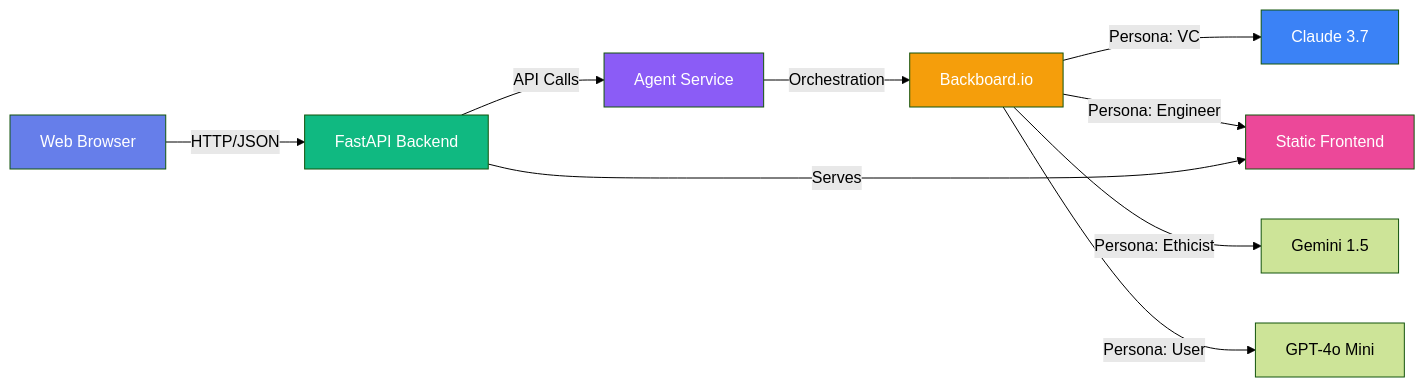
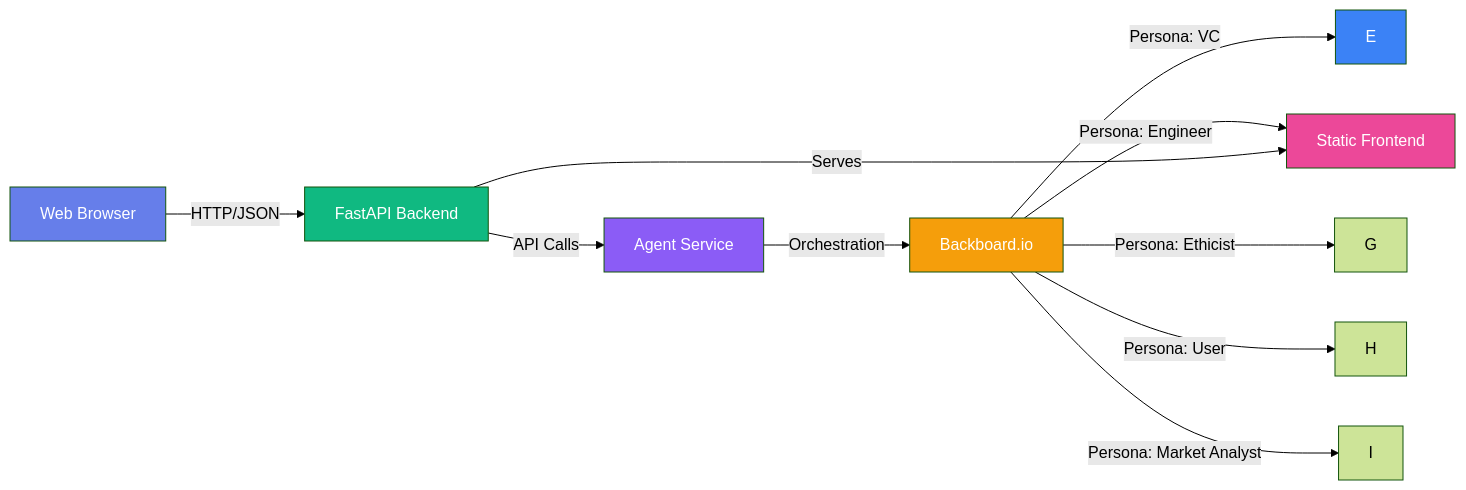
The diagram in README.md (JeremyFriesenGitHub/startup-idea-validator), drawn with Mermaid (forest theme) before and after one commit. The commit also changed other lines of this file and 1 other file, not shown here.

Commit message:
release: final commit

````diff
--- a/README.md
+++ b/README.md
@@ -21,18 +21,19 @@
 ```mermaid
 graph LR
     A[Web Browser] -->|HTTP/JSON| B[FastAPI Backend]
     B -->|API Calls| C[Agent Service]
     C -->|Orchestration| D[Backboard.io]
-    D -->|Persona: VC| E[Claude 3.7]
-    D -->|Persona: Engineer| F[Grok]
-    D -->|Persona: Ethicist| G[Gemini 1.5]
-    D -->|Persona: User| H[GPT-4o Mini]
+    D -->|Persona: VC| E
+    D -->|Persona: Engineer| F
+    D -->|Persona: Ethicist| G
+    D -->|Persona: User| H
+    D -->|Persona: Market Analyst| I
     B -->|Serves| F[Static Frontend]
     
     style A fill:#667eea,color:#fff
     style B fill:#10b981,color:#fff
     style C fill:#8b5cf6,color:#fff
     style D fill:#f59e0b,color:#fff
     style E fill:#3b82f6,color:#fff
     style F fill:#ec4899,color:#fff
 ```
````
